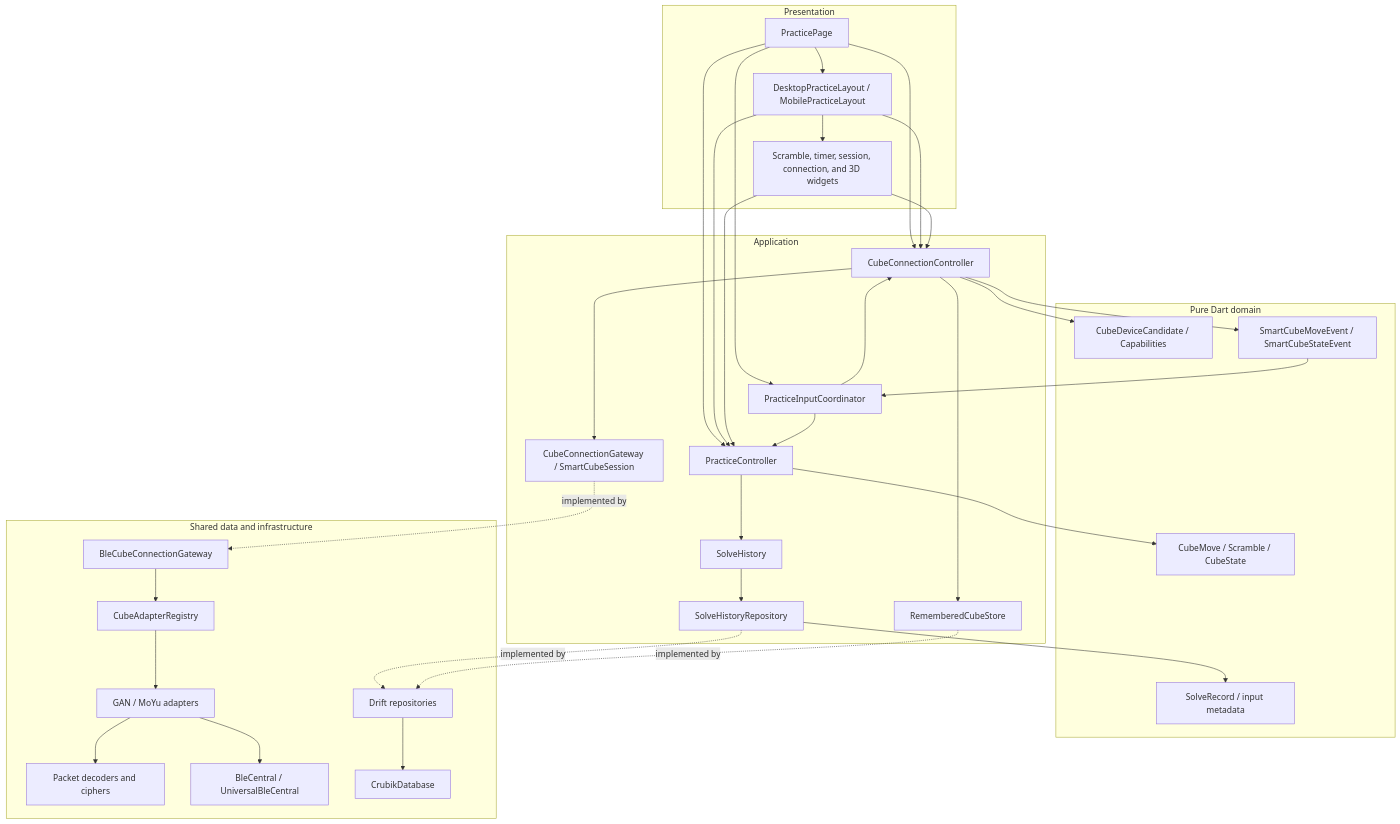
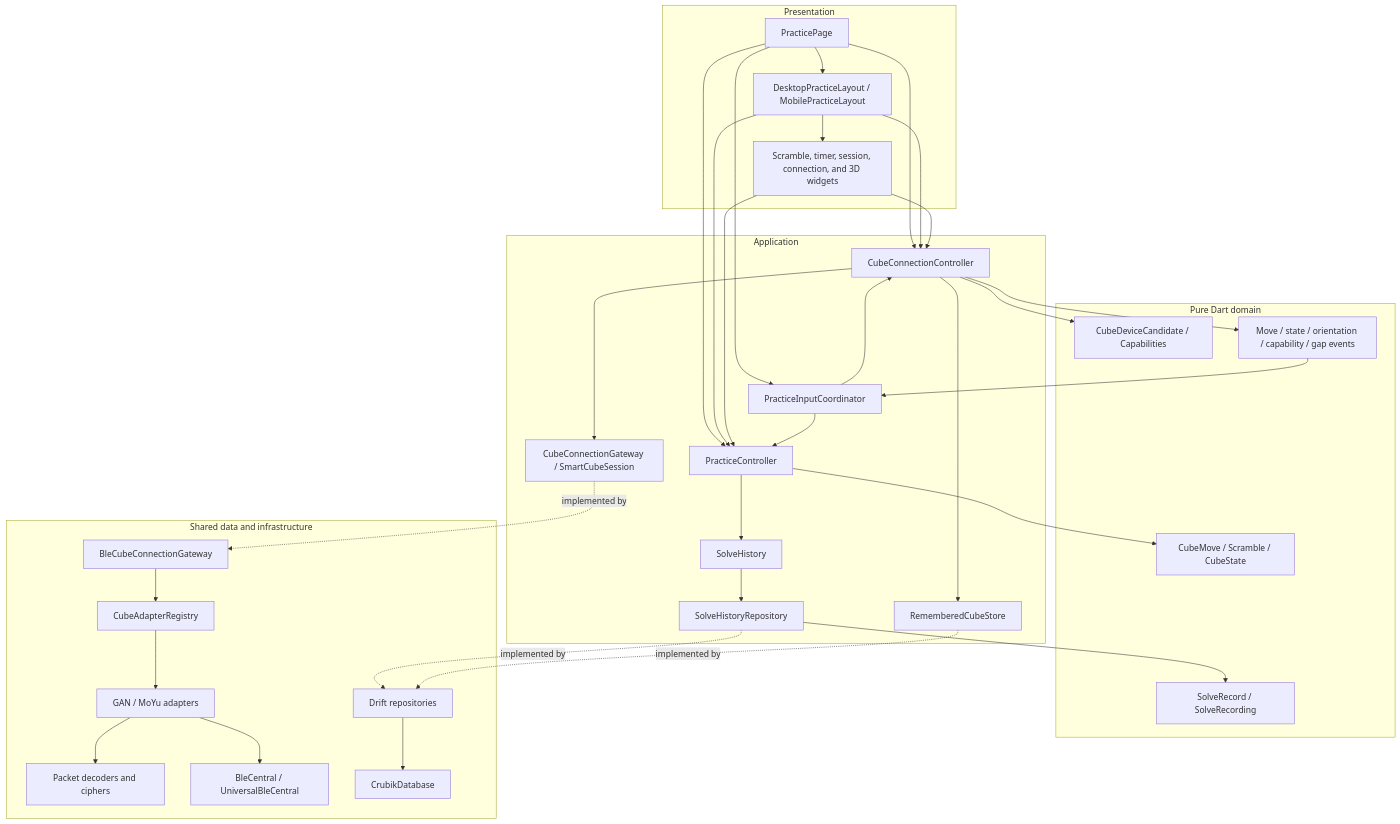
Before and after one commit to Hyponauts/Crubik: the first of 4 diagrams in docs/architecture.md, drawn with Mermaid. The commit also changed other lines of this file and 37 other files, not shown here.

Commit message:
Record smart-cube solves with reliable timing and versioned export

````diff
--- a/docs/architecture.md
+++ b/docs/architecture.md
@@ -24,63 +24,63 @@
 ```mermaid
 flowchart TB
     subgraph Presentation["Presentation"]
         Page["PracticePage"]
         Layouts["DesktopPracticeLayout / MobilePracticeLayout"]
         Widgets["Scramble, timer, session, connection, and 3D widgets"]
     end
 
     subgraph Application["Application"]
         Coordinator["PracticeInputCoordinator"]
         Practice["PracticeController"]
         History["SolveHistory"]
         Connection["CubeConnectionController"]
         GatewayContract["CubeConnectionGateway / SmartCubeSession"]
         HistoryContract["SolveHistoryRepository"]
         RememberedContract["RememberedCubeStore"]
     end
 
     subgraph Domain["Pure Dart domain"]
         Cube["CubeMove / Scramble / CubeState"]
         Device["CubeDeviceCandidate / Capabilities"]
-        Events["SmartCubeMoveEvent / SmartCubeStateEvent"]
-        Solve["SolveRecord / input metadata"]
+        Events["Move / state / orientation / capability / gap events"]
+        Solve["SolveRecord / SolveRecording"]
     end
 
     subgraph Infrastructure["Shared data and infrastructure"]
         BleGateway["BleCubeConnectionGateway"]
         Registry["CubeAdapterRegistry"]
         Adapters["GAN / MoYu adapters"]
         Protocols["Packet decoders and ciphers"]
         Central["BleCentral / UniversalBleCentral"]
         Repositories["Drift repositories"]
         Database["CrubikDatabase"]
     end
 
     Page --> Layouts --> Widgets
     Page --> Coordinator
     Page --> Practice
     Page --> Connection
     Layouts --> Practice
     Layouts --> Connection
     Widgets --> Practice
     Widgets --> Connection
     Coordinator --> Practice
     Coordinator --> Connection
     Practice --> History
     History --> HistoryContract
     Practice --> Cube
     HistoryContract --> Solve
     Connection --> GatewayContract
     Connection --> RememberedContract
     Connection --> Device
     Connection --> Events
     GatewayContract -. implemented by .-> BleGateway
     BleGateway --> Registry
     Registry --> Adapters
     Adapters --> Protocols
     Adapters --> Central
     Events --> Coordinator
     HistoryContract -. implemented by .-> Repositories
     RememberedContract -. implemented by .-> Repositories
     Repositories --> Database
 ```
````
